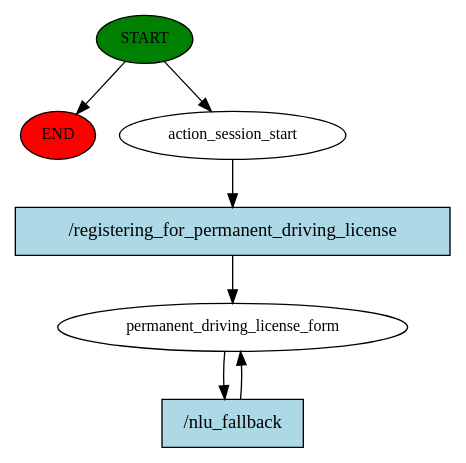
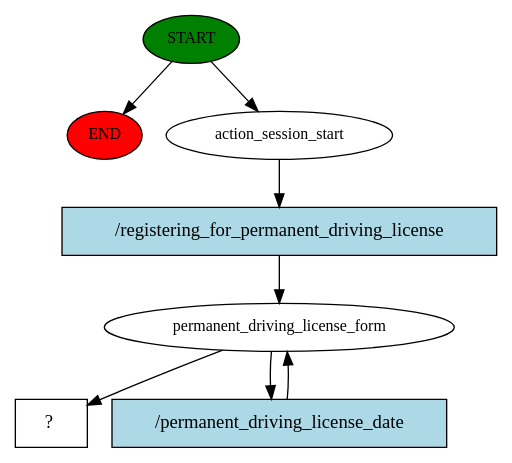
The diagram in story_graph.dot (Kira-Floris/bakame-chatbot), drawn with Graphviz before and after one commit. The commit also changed 247 other files, not shown here.

Commit message:
successfully received data from button slots for permanent driving license date slot in both actions and other yml files

```diff
--- a/story_graph.dot
+++ b/story_graph.dot
@@ -1,14 +1,16 @@
 digraph  {
 0 [class="start active", fillcolor=green, fontsize=12, label=START, style=filled];
 "-1" [class=end, fillcolor=red, fontsize=12, label=END, style=filled];
 1 [class=active, fontsize=12, label=action_session_start];
-2 [class="active dashed", fontsize=12, label=permanent_driving_license_form];
-4 [class="intent active", fillcolor=lightblue, label="/registering_for_permanent_driving_license", shape=rect, style=filled];
-5 [class="intent active", fillcolor=lightblue, label="/nlu_fallback", shape=rect, style=filled];
+2 [class=active, fontsize=12, label=permanent_driving_license_form];
+4 [class="intent dashed active", label="  ?  ", shape=rect];
+5 [class="intent active", fillcolor=lightblue, label="/registering_for_permanent_driving_license", shape=rect, style=filled];
+6 [class="intent active", fillcolor=lightblue, label="/permanent_driving_license_date", shape=rect, style=filled];
 0 -> "-1"  [class="", key=NONE, label=""];
 0 -> 1  [class=active, key=NONE, label=""];
-1 -> 4  [class=active, key=0];
-2 -> 5  [class=active, key=0];
-4 -> 2  [class=active, key=0];
+1 -> 5  [class=active, key=0];
+2 -> 4  [class=active, key=NONE, label=""];
+2 -> 6  [class=active, key=0];
 5 -> 2  [class=active, key=0];
+6 -> 2  [class=active, key=0];
 }
```
